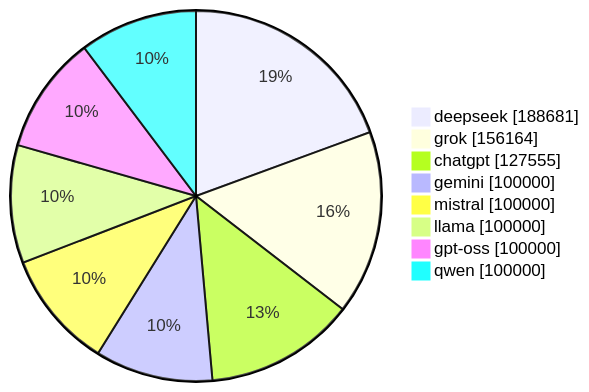
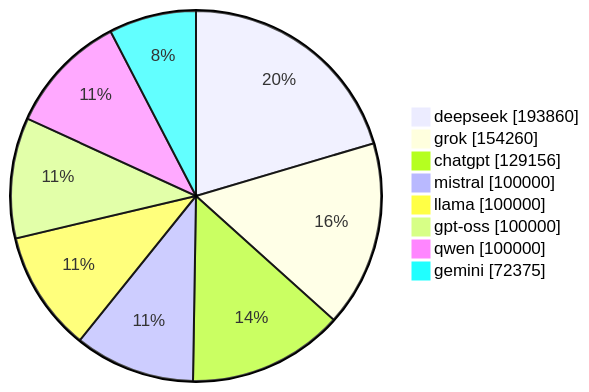
The diagram in README.md (gqgs/llm100kbench), drawn with Mermaid before and after one commit. The commit also changed other lines of this file and 19 other files, not shown here.

````diff
--- a/README.md
+++ b/README.md
@@ -50,11 +50,11 @@
 ```mermaid
 pie showData
-    "deepseek" : 188681
-    "grok" : 156164
-    "chatgpt" : 127555
-    "gemini" : 100000
+    "deepseek" : 193860
+    "grok" : 154260
+    "chatgpt" : 129156
     "mistral" : 100000
     "llama" : 100000
     "gpt-oss" : 100000
     "qwen" : 100000
+    "gemini" : 72375
 ```
````
